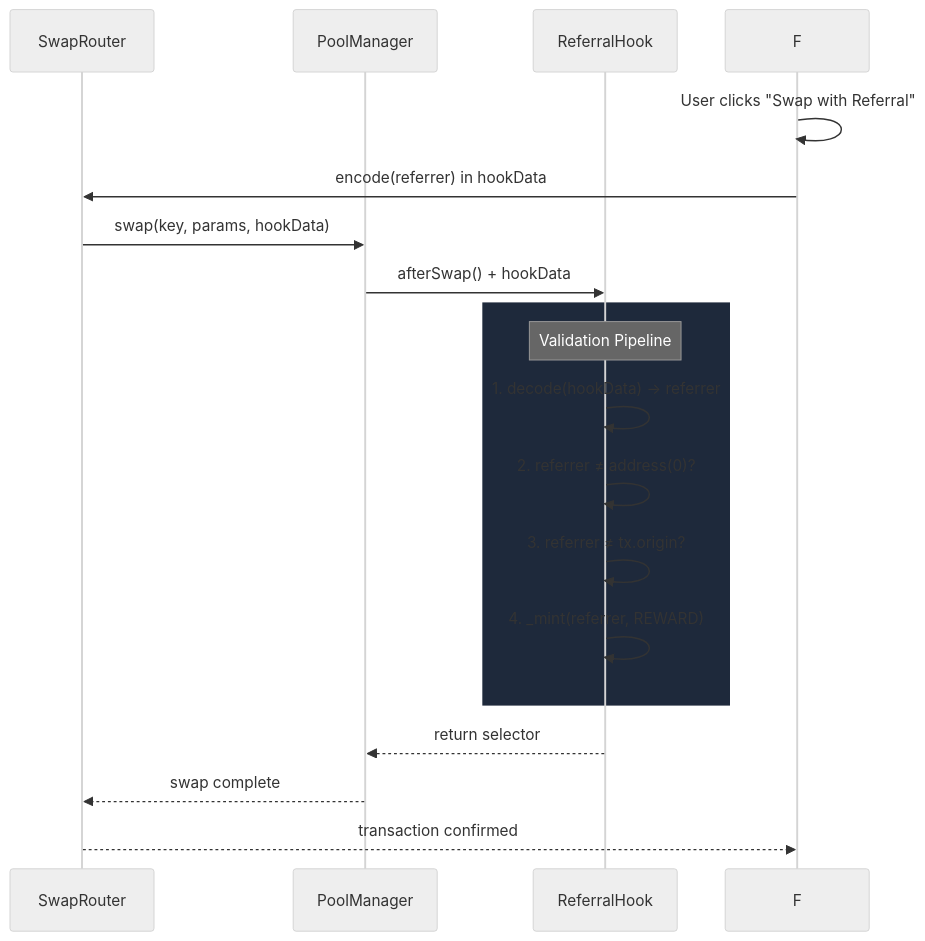
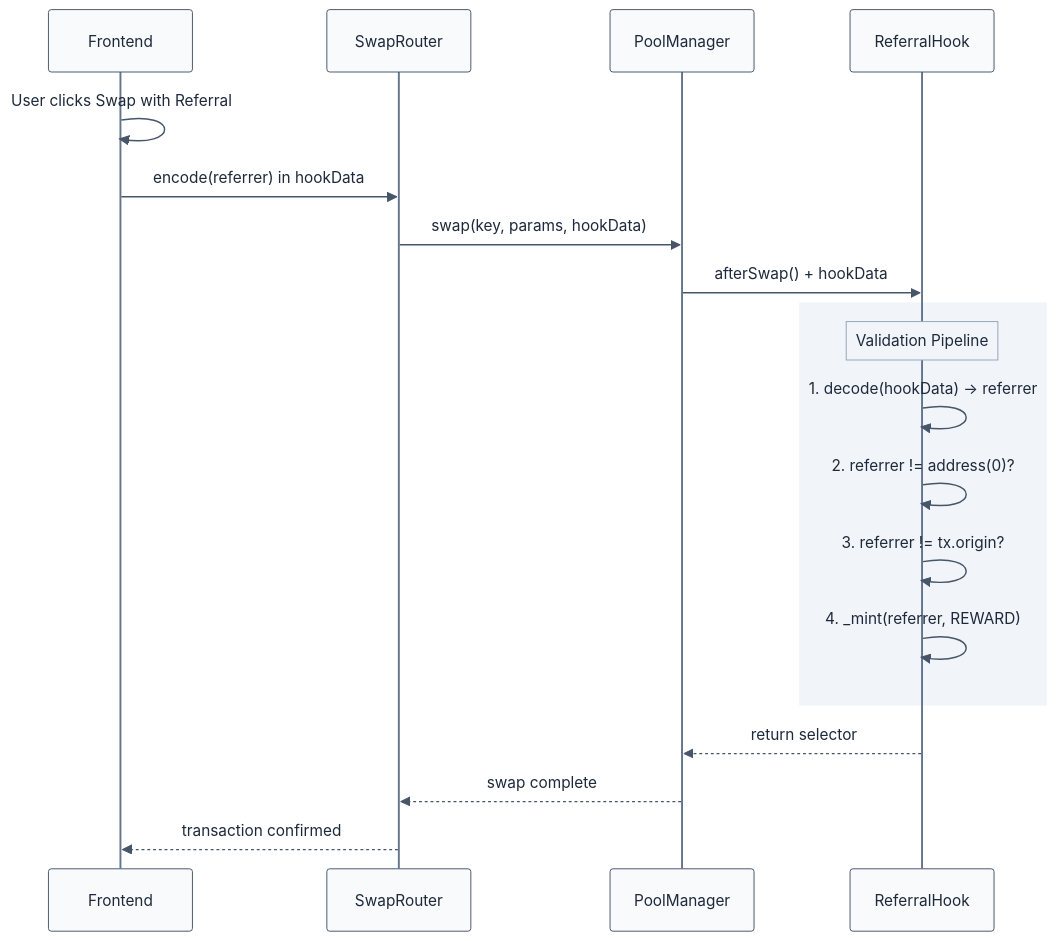
The diagram in docs/diagrams/SYSTEM_DESIGN_3.mmd (guglxni/the-fixer-hook), drawn with Mermaid before and after one commit. The commit also changed 51 other files, not shown here.

First line of the commit message:
Redesign all 26 diagrams with professional, monochrome styling

```diff
--- a/docs/diagrams/SYSTEM_DESIGN_3.mmd
+++ b/docs/diagrams/SYSTEM_DESIGN_3.mmd
@@ -1,19 +1,23 @@
-%%{init: {'theme': 'neutral', 'themeVariables': { 'primaryColor': '#2563eb', 'primaryTextColor': '#1e293b', 'primaryBorderColor': '#3b82f6', 'lineColor': '#64748b', 'secondaryColor': '#f1f5f9', 'tertiaryColor': '#e2e8f0'}}}%%
+%%{init: {'theme': 'neutral', 'themeVariables': {'fontFamily': 'Inter, system-ui, sans-serif', 'actorTextColor': '#1e293b', 'actorBorder': '#475569', 'actorBkg': '#f8fafc', 'actorLineColor': '#64748b', 'signalColor': '#475569', 'signalTextColor': '#1e293b', 'labelBoxBkgColor': '#f1f5f9', 'labelBoxBorderColor': '#94a3b8', 'labelTextColor': '#1e293b', 'loopTextColor': '#1e293b', 'activationBorderColor': '#475569', 'activationBkgColor': '#e2e8f0', 'noteBkgColor': '#f1f5f9', 'noteBorderColor': '#94a3b8', 'noteTextColor': '#1e293b'}}}%%
 sequenceDiagram
-    participant R as  SwapRouter
-    participant PM as  PoolManager
-    participant H as  ReferralHook
-    F->>F: User clicks "Swap with Referral"
+    participant F as Frontend
+    participant R as SwapRouter
+    participant PM as PoolManager
+    participant H as ReferralHook
+
+    F->>F: User clicks Swap with Referral
     F->>R: encode(referrer) in hookData
     R->>PM: swap(key, params, hookData)
     PM->>H: afterSwap() + hookData
-    rect rgb(30, 41, 59)
+
+    rect rgb(241, 245, 249)
         Note over H: Validation Pipeline
-        H->>H: 1. decode(hookData) → referrer
-        H->>H: 2. referrer ≠ address(0)?
-        H->>H: 3. referrer ≠ tx.origin?
+        H->>H: 1. decode(hookData) -> referrer
+        H->>H: 2. referrer != address(0)?
+        H->>H: 3. referrer != tx.origin?
         H->>H: 4. _mint(referrer, REWARD)
     end
+
     H-->>PM: return selector
     PM-->>R: swap complete
     R-->>F: transaction confirmed
```
